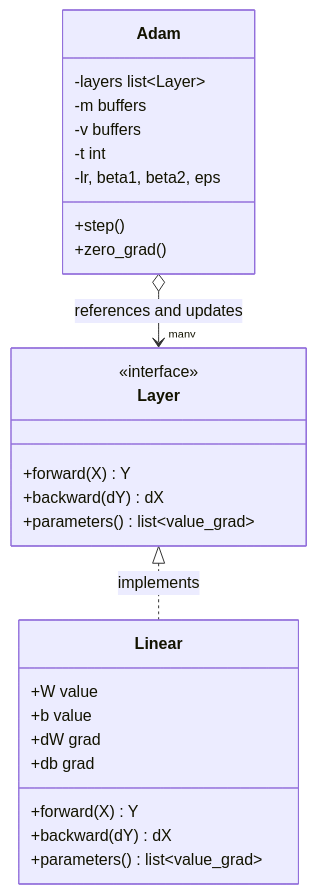
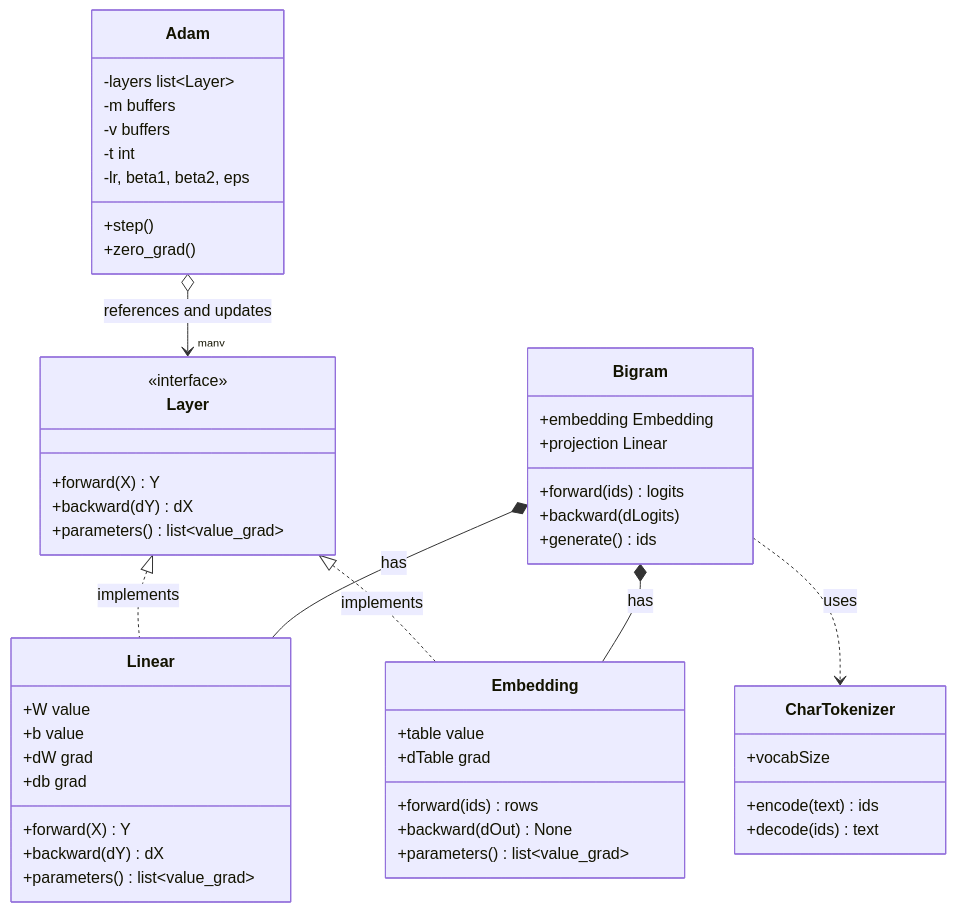
Before and after one commit to MustafaNatur/ML-coding-assignment: the second of 3 diagrams in IMPLEMENTATION.md, drawn with Mermaid. The commit also changed other lines of this file, not shown here.

Commit message:
main: Embedding, CharTokenizer, Models impl plan

````diff
--- a/IMPLEMENTATION.md
+++ b/IMPLEMENTATION.md
@@ -143,29 +187,52 @@
 ```mermaid
 classDiagram
     class Layer {
         <<interface>>
         +forward(X) Y
         +backward(dY) dX
         +parameters() list~value_grad~
     }
     class Linear {
         +W  value
         +b  value
         +dW grad
         +db grad
         +forward(X) Y
         +backward(dY) dX
         +parameters() list~value_grad~
     }
+    class Embedding {
+        +table value
+        +dTable grad
+        +forward(ids) rows
+        +backward(dOut) None
+        +parameters() list~value_grad~
+    }
     class Adam {
         -layers list~Layer~
         -m buffers
         -v buffers
         -t int
         -lr, beta1, beta2, eps
         +step()
         +zero_grad()
     }
+    class CharTokenizer {
+        +vocabSize
+        +encode(text) ids
+        +decode(ids) text
+    }
+    class Bigram {
+        +embedding Embedding
+        +projection Linear
+        +forward(ids) logits
+        +backward(dLogits)
+        +generate() ids
+    }
     Layer <|.. Linear : implements
+    Layer <|.. Embedding : implements
     Adam o--> "many" Layer : references and updates
+    Bigram *-- Embedding : has
+    Bigram *-- Linear : has
+    Bigram ..> CharTokenizer : uses
 ```
````
